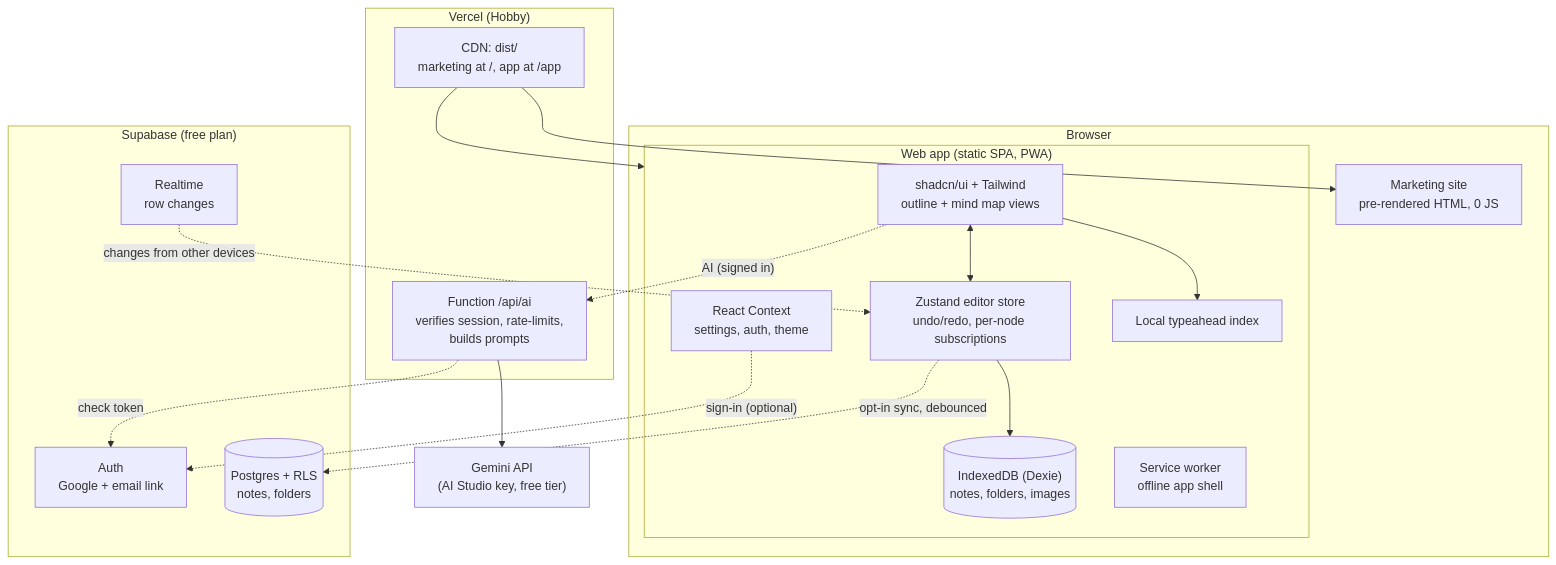
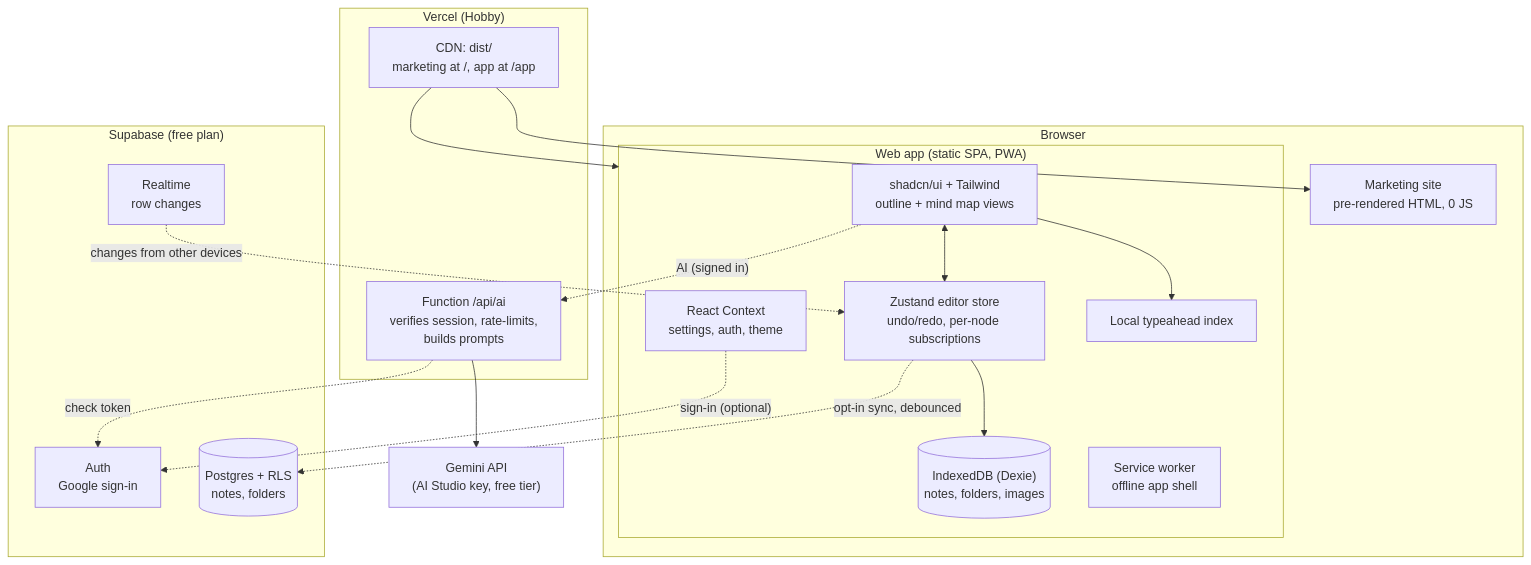
The diagram in README.md (Sashank-Deb/Noodl), drawn with Mermaid before and after one commit. The commit also changed other lines of this file and 7 other files, not shown here.

First line of the commit message:
Sign-in: Google only for now (remove email-link form and copy)

````diff
--- a/README.md
+++ b/README.md
@@ -18,32 +18,32 @@
 ```mermaid
 flowchart TB
   subgraph Browser
     MKT["Marketing site<br/>pre-rendered HTML, 0 JS"]
     subgraph APP["Web app (static SPA, PWA)"]
       UI["shadcn/ui + Tailwind<br/>outline + mind map views"]
       Z["Zustand editor store<br/>undo/redo, per-node subscriptions"]
       CTX["React Context<br/>settings, auth, theme"]
       IDB[("IndexedDB (Dexie)<br/>notes, folders, images")]
       SW["Service worker<br/>offline app shell"]
       LOCAL["Local typeahead index"]
     end
   end
   subgraph VERCEL["Vercel (Hobby)"]
     CDN["CDN: dist/<br/>marketing at /, app at /app"]
     FN["Function /api/ai<br/>verifies session, rate-limits,<br/>builds prompts"]
   end
   subgraph SUPA["Supabase (free plan)"]
-    AUTH["Auth<br/>Google + email link"]
+    AUTH["Auth<br/>Google sign-in"]
     PG[("Postgres + RLS<br/>notes, folders")]
     RT["Realtime<br/>row changes"]
   end
   GEM["Gemini API<br/>(AI Studio key, free tier)"]
   CDN --> MKT & APP
   UI <--> Z --> IDB
   UI --> LOCAL
   CTX -. "sign-in (optional)" .-> AUTH
   Z -. "opt-in sync, debounced" .-> PG
   RT -. "changes from other devices" .-> Z
   UI -. "AI (signed in)" .-> FN --> GEM
   FN -. "check token" .-> AUTH
 ```
````
